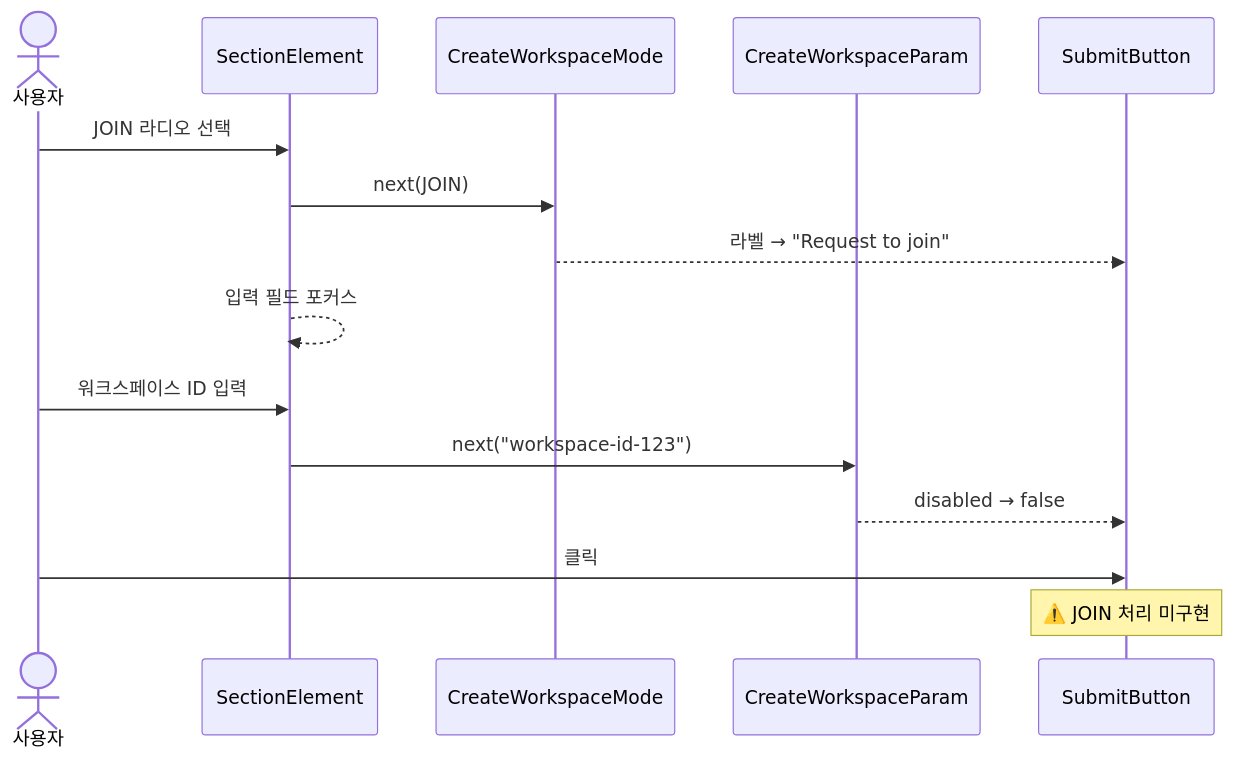
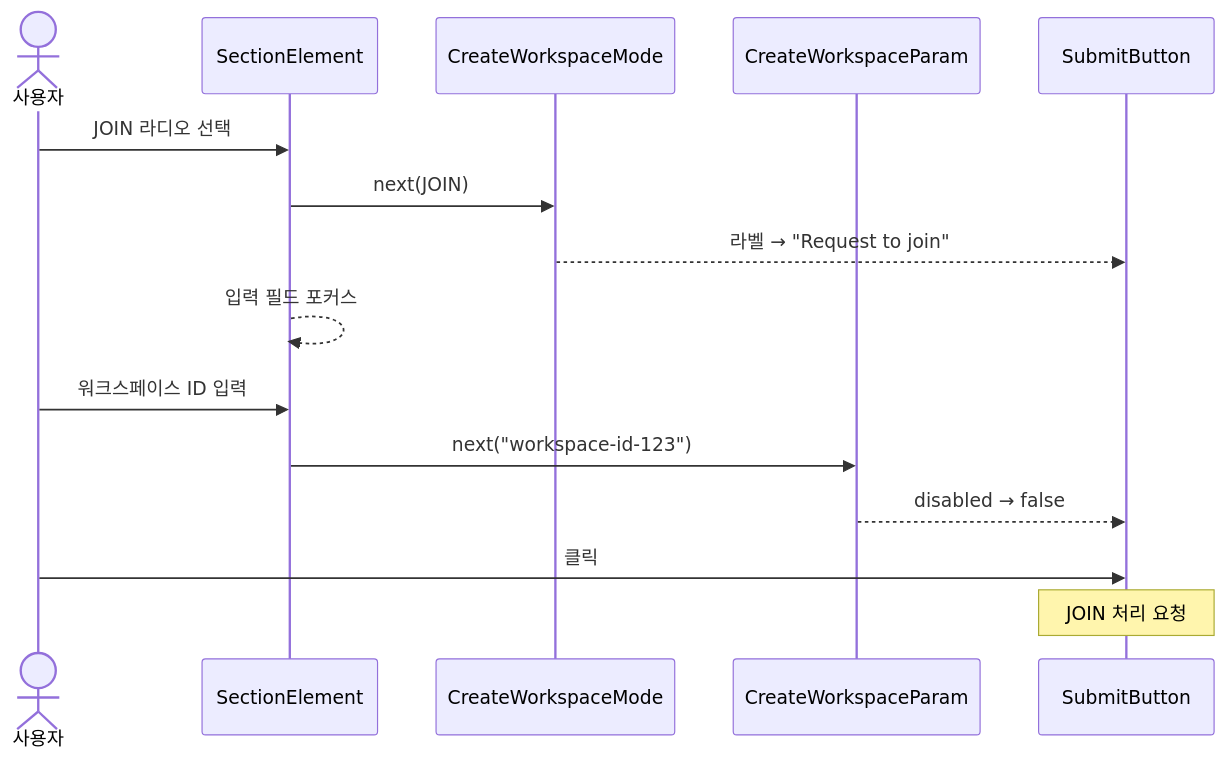
The third of 5 diagrams in onboarding-ui/USECASE.md (sayaya1090/handbook), drawn with Mermaid before and after one commit. The commit also changed other lines of this file and 50 other files, not shown here.

````diff
--- a/onboarding-ui/USECASE.md
+++ b/onboarding-ui/USECASE.md
@@ -56,20 +56,20 @@
 ```mermaid
 sequenceDiagram
     actor User as 사용자
     participant Section as SectionElement
     participant Mode as CreateWorkspaceMode
     participant Param as CreateWorkspaceParam
     participant Btn as SubmitButton
 
     User->>Section: JOIN 라디오 선택
     Section->>Mode: next(JOIN)
     Mode-->>Btn: 라벨 → "Request to join"
     Section-->>Section: 입력 필드 포커스
 
     User->>Section: 워크스페이스 ID 입력
     Section->>Param: next("workspace-id-123")
     Param-->>Btn: disabled → false
 
     User->>Btn: 클릭
-    Note over Btn: ⚠️ JOIN 처리 미구현
+    Note over Btn: JOIN 처리 요청
 ```
````
